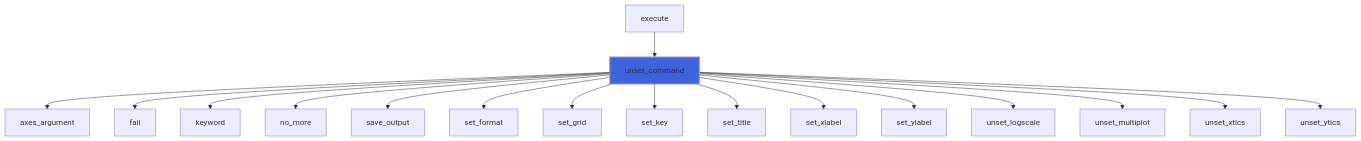
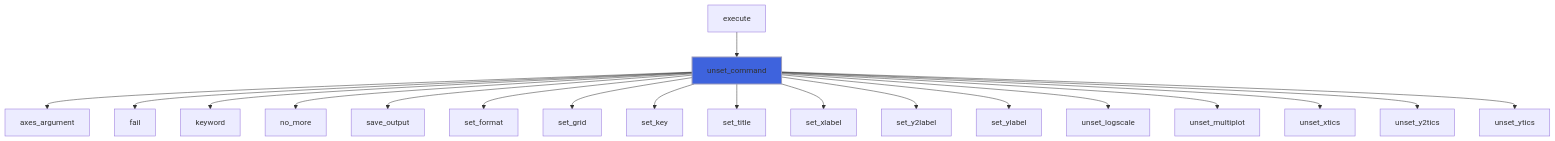
One commit to szaghi/foresight changed the tenth of 35 diagrams in docs/api/src/lib/foresight_script.md. Above: the diagram before and after it, drawn with Mermaid. The commit also changed other lines of this file and 97 other files, not shown here.

````diff
--- a/docs/api/src/lib/foresight_script.md
+++ b/docs/api/src/lib/foresight_script.md
@@ -404,20 +446,22 @@
 ```mermaid
 flowchart TD
   execute["execute"] --> unset_command["unset_command"]
   unset_command["unset_command"] --> axes_argument["axes_argument"]
   unset_command["unset_command"] --> fail["fail"]
   unset_command["unset_command"] --> keyword["keyword"]
   unset_command["unset_command"] --> no_more["no_more"]
   unset_command["unset_command"] --> save_output["save_output"]
   unset_command["unset_command"] --> set_format["set_format"]
   unset_command["unset_command"] --> set_grid["set_grid"]
   unset_command["unset_command"] --> set_key["set_key"]
   unset_command["unset_command"] --> set_title["set_title"]
   unset_command["unset_command"] --> set_xlabel["set_xlabel"]
+  unset_command["unset_command"] --> set_y2label["set_y2label"]
   unset_command["unset_command"] --> set_ylabel["set_ylabel"]
   unset_command["unset_command"] --> unset_logscale["unset_logscale"]
   unset_command["unset_command"] --> unset_multiplot["unset_multiplot"]
   unset_command["unset_command"] --> unset_xtics["unset_xtics"]
+  unset_command["unset_command"] --> unset_y2tics["unset_y2tics"]
   unset_command["unset_command"] --> unset_ytics["unset_ytics"]
   style unset_command fill:#3e63dd,stroke:#99b,stroke-width:2px
 ```
````
